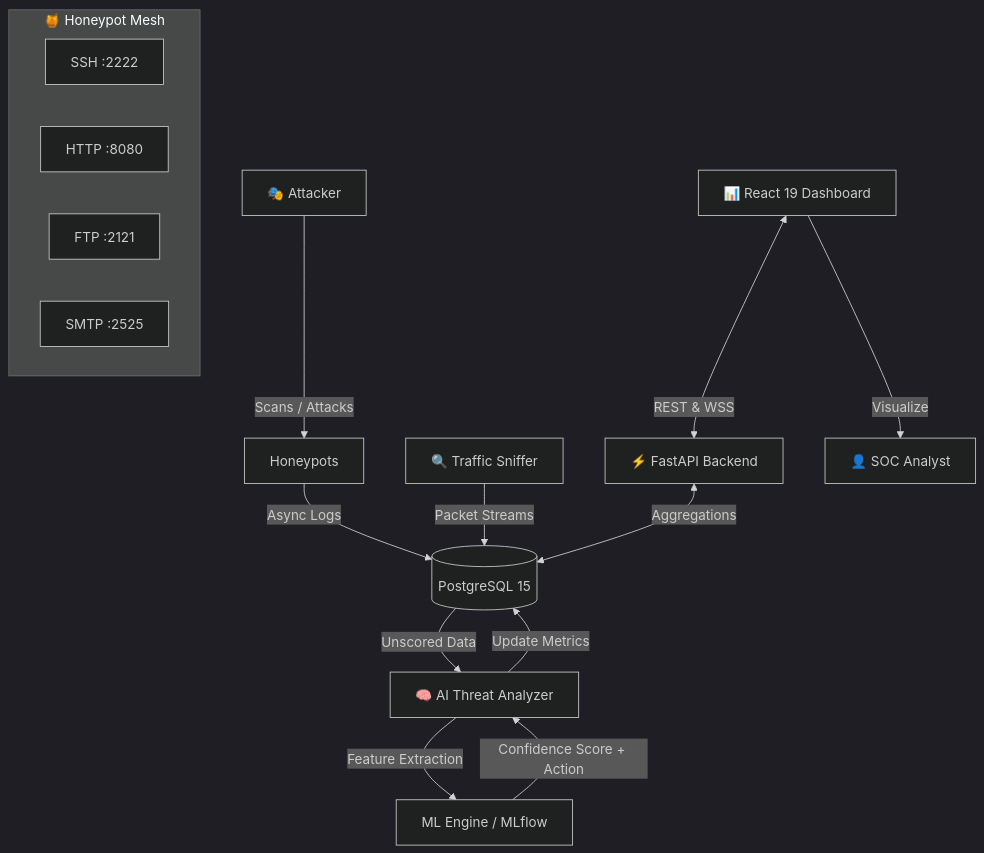
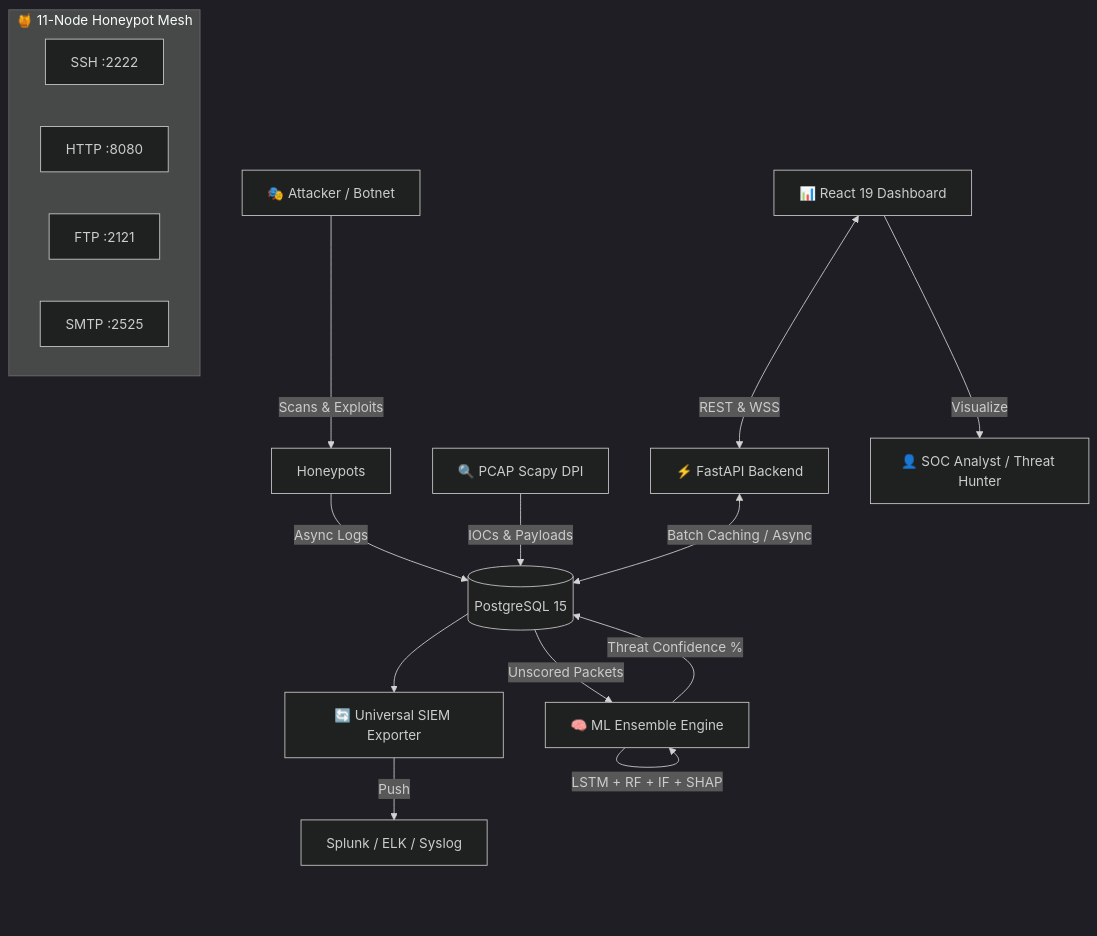
One commit to VivekanandaReddy2006/PhantomNet changed the diagram in README.md. Above: the diagram before and after it, drawn with Mermaid (dark theme). The commit also changed other lines of this file, not shown here.

Commit message:
docs: update README for PhantomNet v3.0.0 final release with new architecture details and system features

````diff
--- a/README.md
+++ b/README.md
@@ -68,23 +73,25 @@
 ```mermaid
 graph TD
-    Attacker[🎭 Attacker] -->|Scans / Attacks| Honeypots
+    Attacker[🎭 Attacker / Botnet] -->|Scans & Exploits| Honeypots
     
-    subgraph Deception Layer ["🍯 Honeypot Mesh"]
+    subgraph Deception Layer ["🍯 11-Node Honeypot Mesh"]
         SSH[SSH :2222]
         HTTP[HTTP :8080]
         FTP[FTP :2121]
         SMTP[SMTP :2525]
     end
     
     Honeypots -->|Async Logs| DB[(PostgreSQL 15)]
-    Sniffer[🔍 Traffic Sniffer] -->|Packet Streams| DB
+    Sniffer[🔍 PCAP Scapy DPI] -->|IOCs & Payloads| DB
     
-    DB -->|Unscored Data| Analyzer[🧠 AI Threat Analyzer]
-    Analyzer -->|Feature Extraction| ML[ML Engine / MLflow]
-    ML -->|Confidence Score + Action| Analyzer
-    Analyzer -->|Update Metrics| DB
+    DB -->|Unscored Packets| Analyzer[🧠 ML Ensemble Engine]
+    Analyzer -->|LSTM + RF + IF + SHAP| Analyzer
+    Analyzer -->|Threat Confidence %| DB
     
-    API[⚡ FastAPI Backend] <-->|Aggregations| DB
+    API[⚡ FastAPI Backend] <-->|Batch Caching / Async| DB
+    Exporter[🔄 Universal SIEM Exporter] -->|Push| SplunkELK[Splunk / ELK / Syslog]
+    DB --> Exporter
+    
     Dashboard[📊 React 19 Dashboard] <-->|REST & WSS| API
-    Dashboard -->|Visualize| Admin[👤 SOC Analyst]
+    Dashboard -->|Visualize| Admin[👤 SOC Analyst / Threat Hunter]
 ```
````
